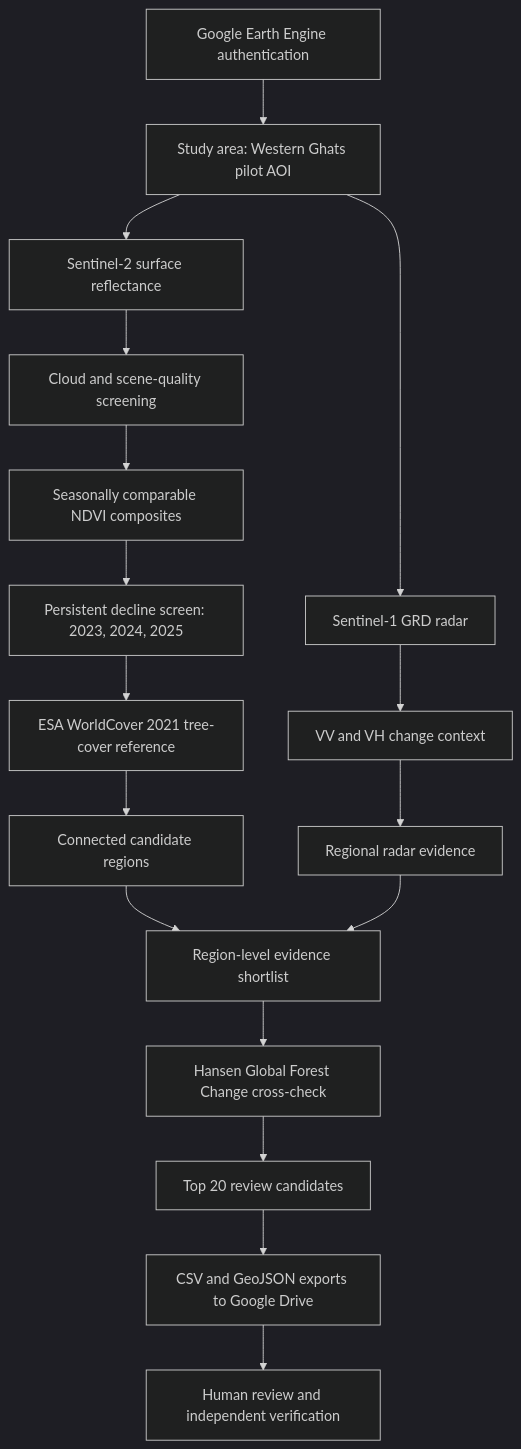
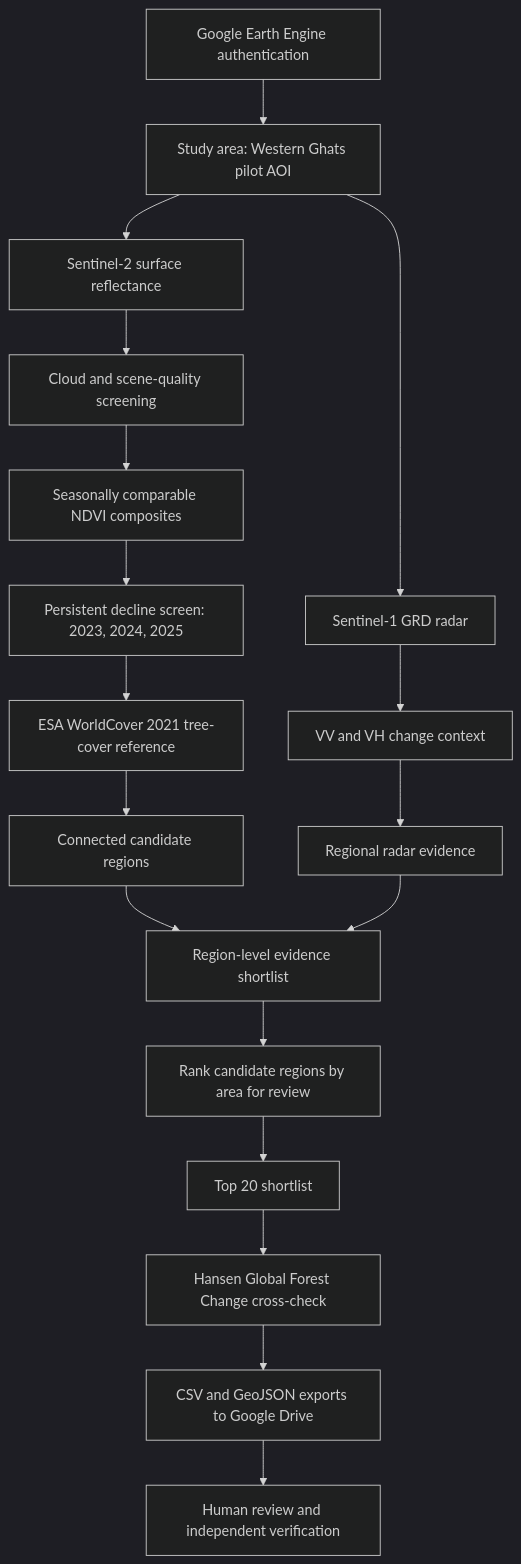
One commit to manjunathjadav360-rgb/ForestWatch-AI changed the diagram in docs/architecture.md. Above: the diagram before and after it, drawn with Mermaid (dark theme).

Commit message:
Align architecture diagram with actual pipeline order

````diff
--- a/docs/architecture.md
+++ b/docs/architecture.md
@@ -5,19 +5,20 @@
 ```mermaid
 flowchart TD
     A[Google Earth Engine authentication] --> B[Study area: Western Ghats pilot AOI]
     B --> C[Sentinel-2 surface reflectance]
     B --> D[Sentinel-1 GRD radar]
     C --> E[Cloud and scene-quality screening]
     E --> F[Seasonally comparable NDVI composites]
     F --> G[Persistent decline screen: 2023, 2024, 2025]
     D --> H[VV and VH change context]
     G --> I[ESA WorldCover 2021 tree-cover reference]
     I --> J[Connected candidate regions]
     H --> K[Regional radar evidence]
     J --> L[Region-level evidence shortlist]
     K --> L
-    L --> M[Hansen Global Forest Change cross-check]
-    M --> N[Top 20 review candidates]
-    N --> O[CSV and GeoJSON exports to Google Drive]
-    O --> P[Human review and independent verification]
+    L --> M[Rank candidate regions by area for review]
+    M --> N[Top 20 shortlist]
+    N --> O[Hansen Global Forest Change cross-check]
+    O --> P[CSV and GeoJSON exports to Google Drive]
+    P --> Q[Human review and independent verification]
 ```
````
